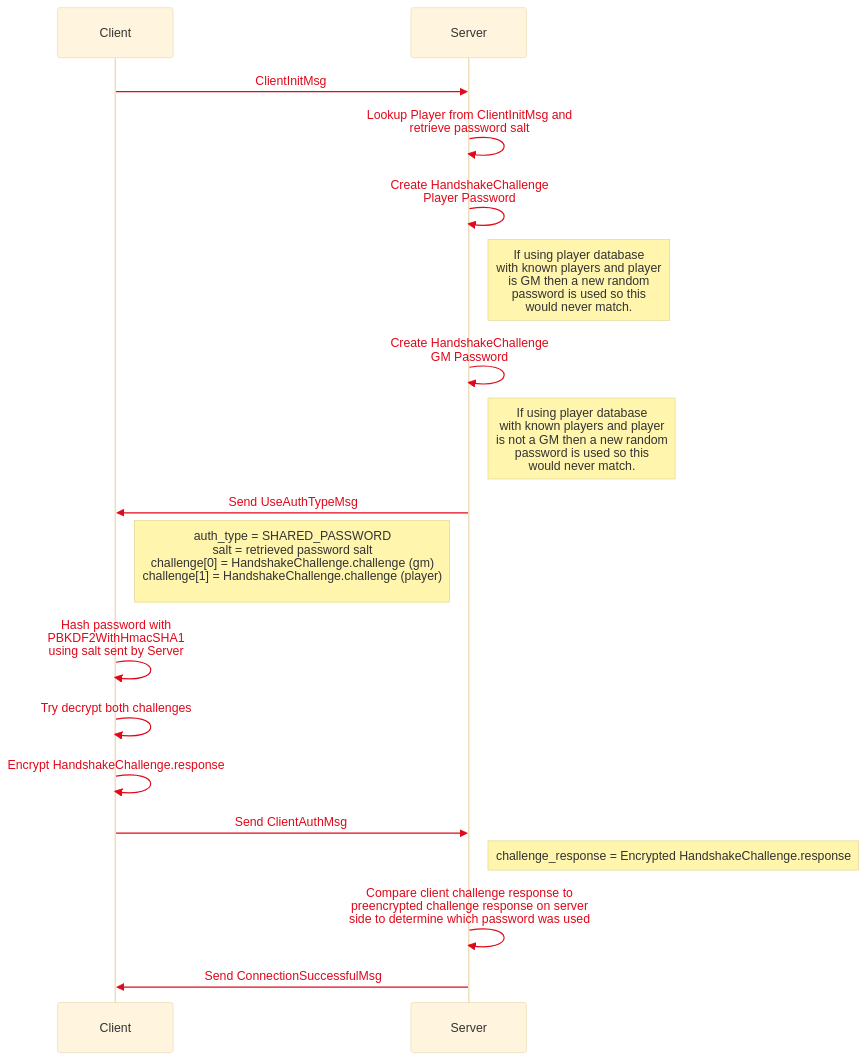
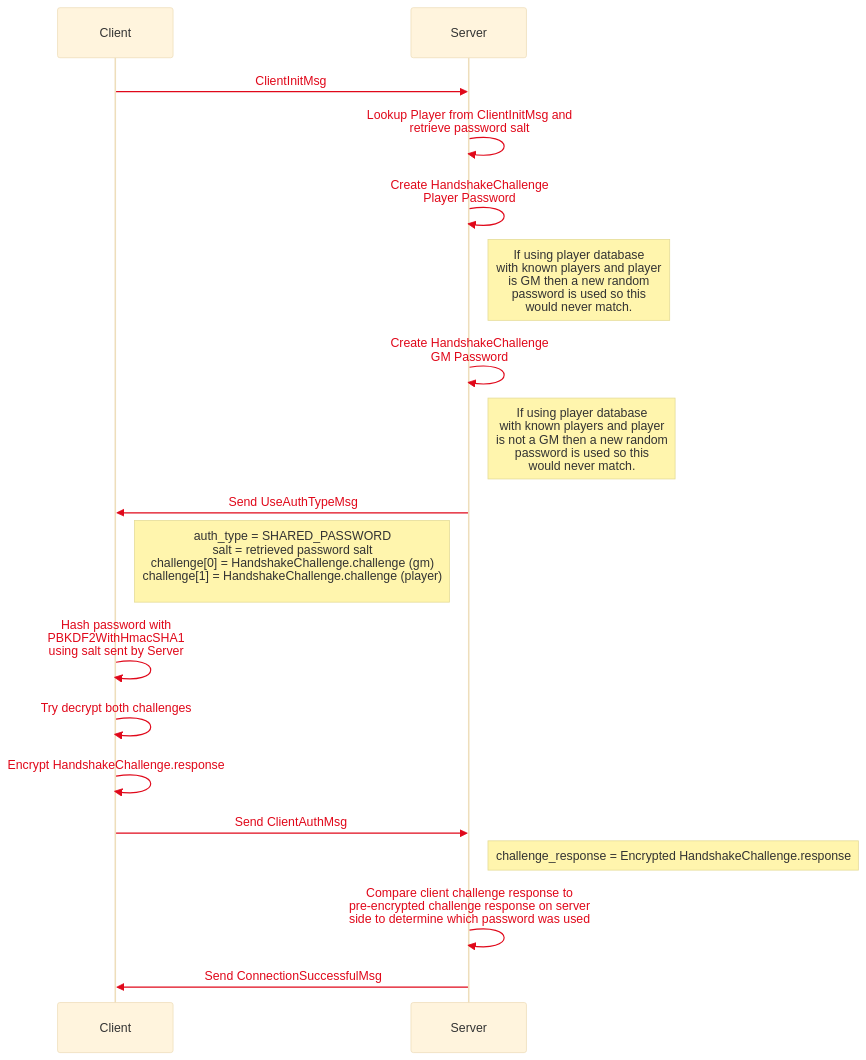
The third of 3 diagrams in docs/authentication/handshake.md (cwisniew/rptools-dev-doc), drawn with Mermaid before and after one commit. The commit also changed other lines of this file and 4 other files, not shown here.

````diff
--- a/docs/authentication/handshake.md
+++ b/docs/authentication/handshake.md
@@ -42,20 +46,20 @@
 ```mermaid
 
 %%{init: {'theme': 'base', 'themeVariables': { 'signalColor': '#e0081a', 'textColor': '#e0081a' }}}%%
   sequenceDiagram
   Client->>Server: ClientInitMsg
 Server->>Server: Lookup Player from ClientInitMsg and<br/>retrieve password salt
 Server->>Server: Create HandshakeChallenge<br/>Player Password
 note right of Server: If using player database<br/> with known players and player<br/>is GM then a new random<br/>password is used so this<br/> would never match.
 Server->>Server: Create HandshakeChallenge<br/>GM Password
 note right of Server: If using player database<br/> with known players and player<br/>is not a GM then a new random<br/>password is used so this<br/> would never match.
 Server->>Client: Send UseAuthTypeMsg
 note right of Client: auth_type = SHARED_PASSWORD<br/> salt = retrieved password salt<br/> challenge[0] = HandshakeChallenge.challenge (gm)<br/> challenge[1] = HandshakeChallenge.challenge (player)<br/>
 Client->>Client: Hash password with<br/>PBKDF2WithHmacSHA1<br/>using salt sent by Server
 Client->>Client: Try decrypt both challenges
 Client->>Client: Encrypt HandshakeChallenge.response
 Client->>Server: Send ClientAuthMsg
 note right of Server: challenge_response = Encrypted HandshakeChallenge.response
-Server->>Server: Compare client challenge response to<br/>preencrypted challenge response on server<br/>side to determine which password was used
+Server->>Server: Compare client challenge response to<br/>pre-encrypted challenge response on server<br/>side to determine which password was used
 Server->>Client: Send ConnectionSuccessfulMsg
 ```
````
